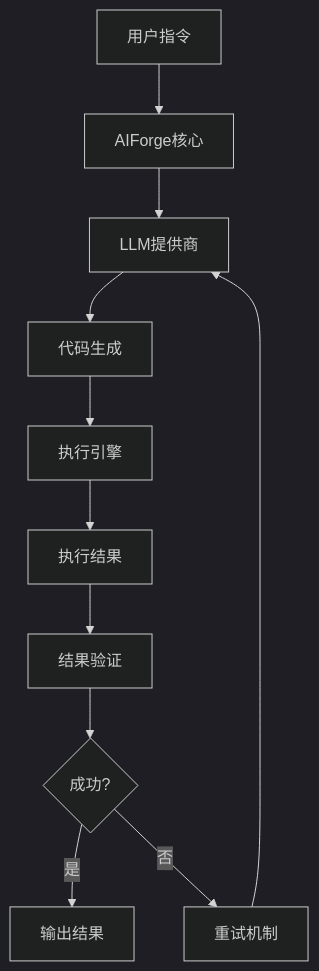
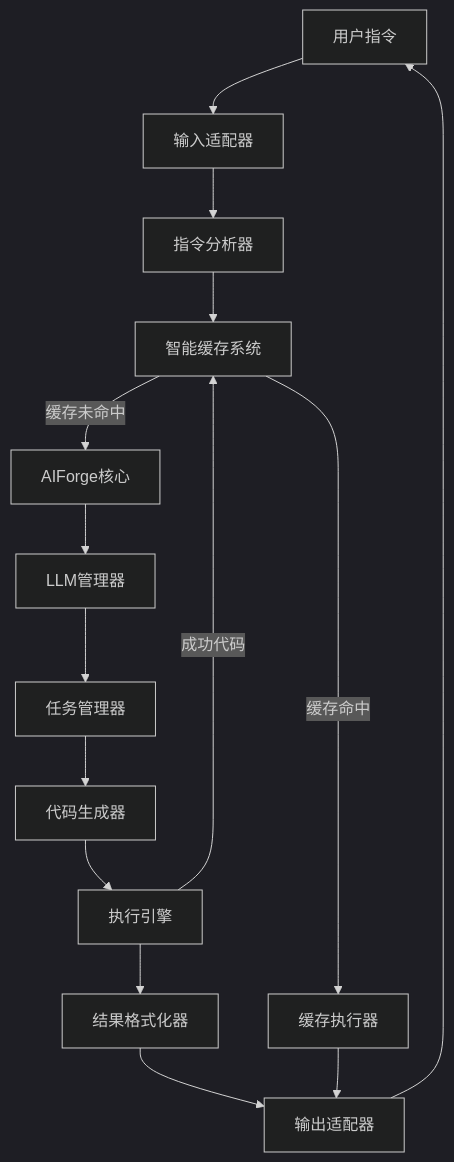
Before and after one commit to iniwap/AIForge: the diagram in README.md, drawn with Mermaid (dark theme). The commit also changed other lines of this file and 52 other files, not shown here.

````diff
--- a/README.md
+++ b/README.md
@@ -197,13 +233,17 @@
-```mermaid  
-graph TB  
-    User[用户指令] --> AIForge[AIForge核心]  
-    AIForge --> LLM[LLM提供商]  
-    LLM --> CodeGen[代码生成]  
-    CodeGen --> Executor[执行引擎]  
-    Executor --> Result[执行结果]  
-    Result --> Validator[结果验证]  
-    Validator --> Success{成功?}  
-    Success -->|是| Output[输出结果]  
-    Success -->|否| Retry[重试机制]  
-    Retry --> LLM  
+```mermaid    
+graph TB    
+    User[用户指令] --> InputAdapter[输入适配器]  
+    InputAdapter --> InstructionAnalyzer[指令分析器]  
+    InstructionAnalyzer --> CacheSystem[智能缓存系统]  
+    CacheSystem --> |缓存命中| CachedExecutor[缓存执行器]  
+    CacheSystem --> |缓存未命中| AIForgeCore[AIForge核心]  
+    AIForgeCore --> LLMManager[LLM管理器]  
+    LLMManager --> TaskManager[任务管理器]  
+    TaskManager --> CodeGenerator[代码生成器]  
+    CodeGenerator --> ExecutionEngine[执行引擎]  
+    ExecutionEngine --> ResultFormatter[结果格式化器]  
+    ResultFormatter --> OutputAdapter[输出适配器]  
+    CachedExecutor --> OutputAdapter  
+    OutputAdapter --> User  
+    ExecutionEngine --> |成功代码| CacheSystem
 ```  
````
